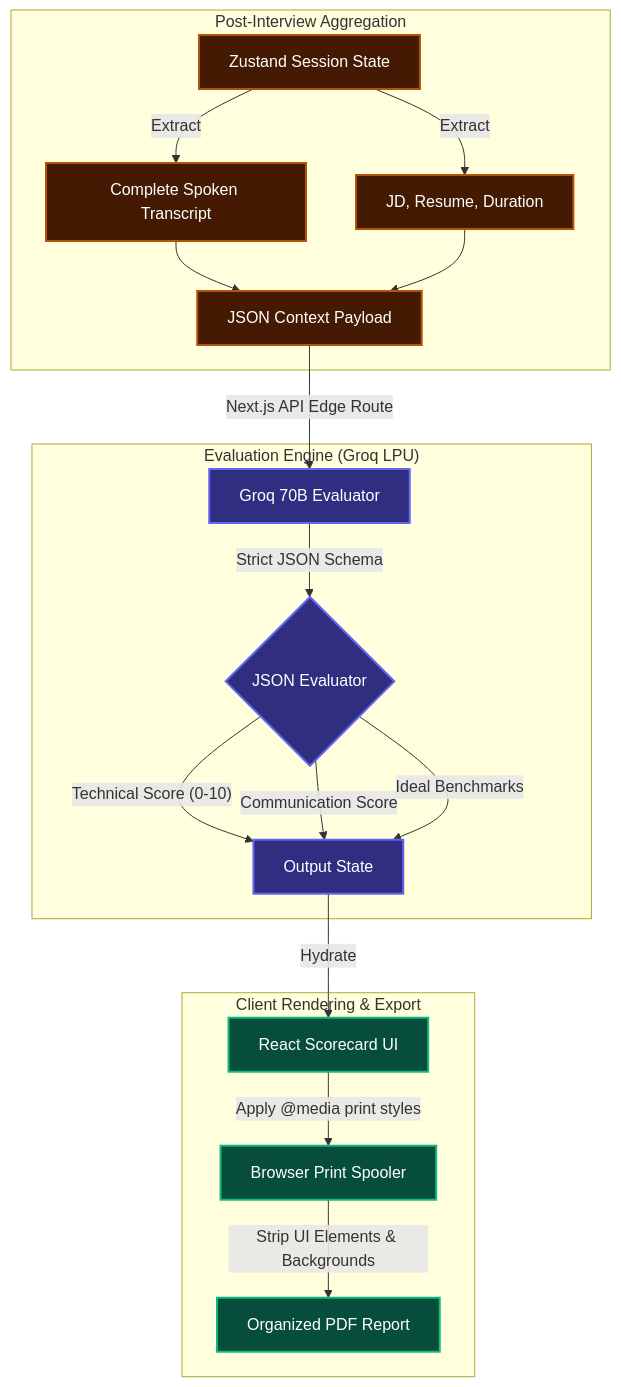
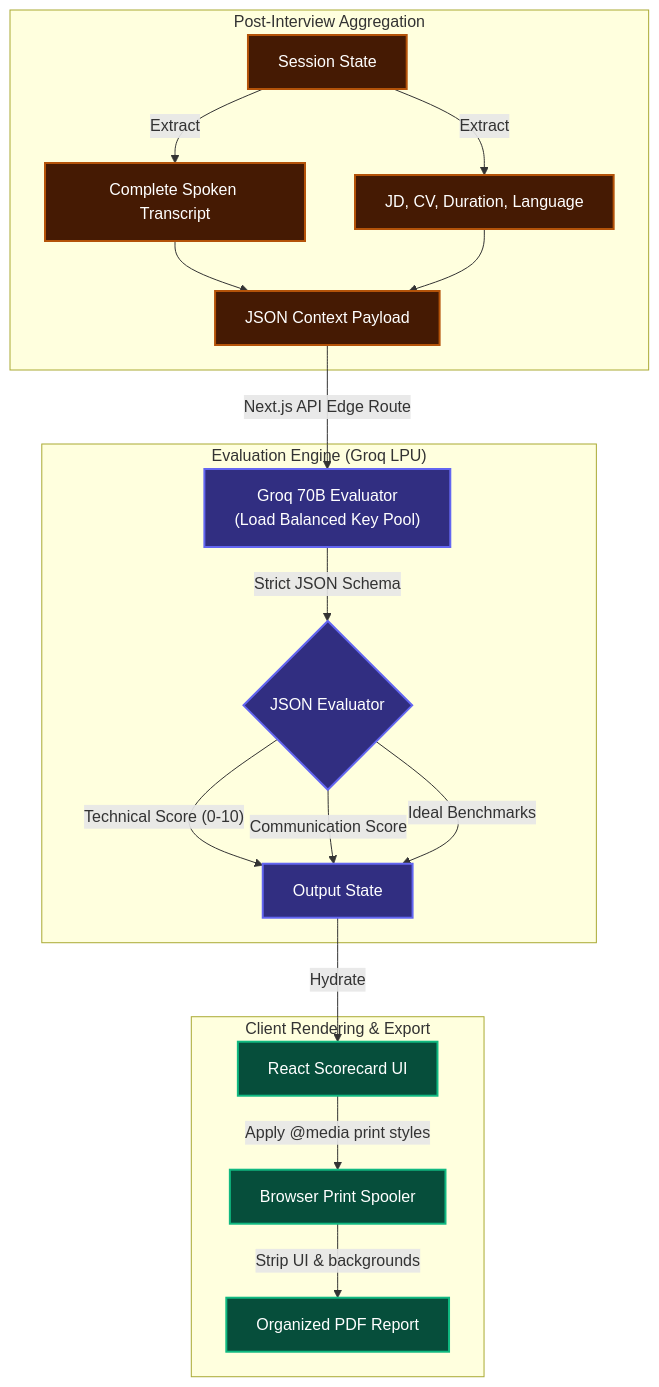
Before and after one commit to ziademad02153/ZEDX-AI-Assistant: the seventh of 8 diagrams in README.md, drawn with Mermaid. The commit also changed other lines of this file, not shown here.

Commit message:
docs: Comprehensive README update with TTS routing, load balancing, and audio pipeline architecture

````diff
--- a/README.md
+++ b/README.md
@@ -195,31 +294,31 @@
 ```mermaid
 graph TD
     subgraph PostInterviewAggregation ["Post-Interview Aggregation"]
-        STATE["Zustand Session State"] -->|Extract| TRANSCRIPT["Complete Spoken Transcript"]
-        STATE -->|Extract| METADATA["JD, Resume, Duration"]
+        STATE["Session State"] -->|Extract| TRANSCRIPT["Complete Spoken Transcript"]
+        STATE -->|Extract| METADATA["JD, CV, Duration, Language"]
         TRANSCRIPT --> PAYLOAD["JSON Context Payload"]
         METADATA --> PAYLOAD
     end
 
     subgraph EvaluationEngine ["Evaluation Engine (Groq LPU)"]
-        PAYLOAD -->|Next.js API Edge Route| GROQ["Groq 70B Evaluator"]
+        PAYLOAD -->|Next.js API Edge Route| GROQ["Groq 70B Evaluator\n(Load Balanced Key Pool)"]
         GROQ -->|Strict JSON Schema| ANALYSIS{"JSON Evaluator"}
         ANALYSIS -- "Technical Score (0-10)" --> METRICS["Output State"]
         ANALYSIS -- "Communication Score" --> METRICS
         ANALYSIS -- "Ideal Benchmarks" --> METRICS
     end
 
     subgraph ClientRenderingExport ["Client Rendering & Export"]
         METRICS -->|Hydrate| SCORECARD["React Scorecard UI"]
         SCORECARD -->|Apply @media print styles| PRINT["Browser Print Spooler"]
-        PRINT -->|Strip UI Elements & Backgrounds| PDF["Organized PDF Report"]
+        PRINT -->|Strip UI & backgrounds| PDF["Organized PDF Report"]
     end
 
     classDef state fill:#451a03,stroke:#b45309,stroke-width:2px,color:#fff;
     classDef ai fill:#312e81,stroke:#6366f1,stroke-width:2px,color:#fff;
     classDef render fill:#064e3b,stroke:#10b981,stroke-width:2px,color:#fff;
 
     class STATE,TRANSCRIPT,METADATA,PAYLOAD state;
     class GROQ,ANALYSIS,METRICS ai;
     class SCORECARD,PRINT,PDF render;
 ```
````
